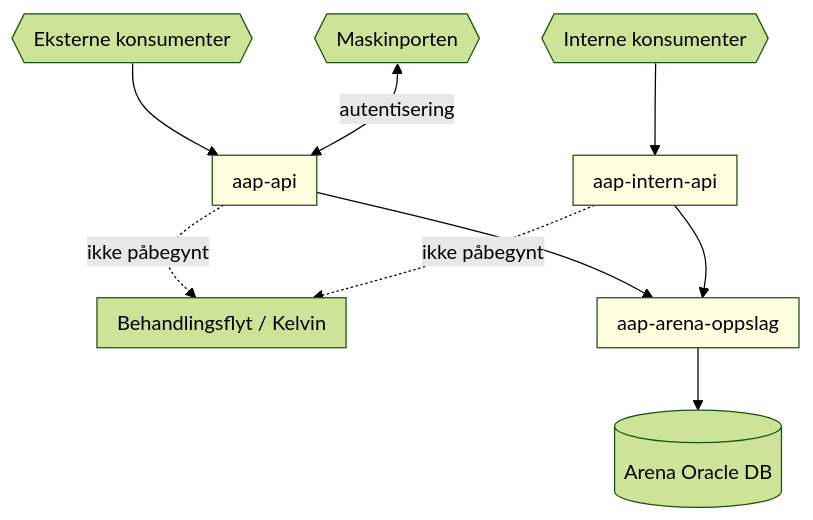
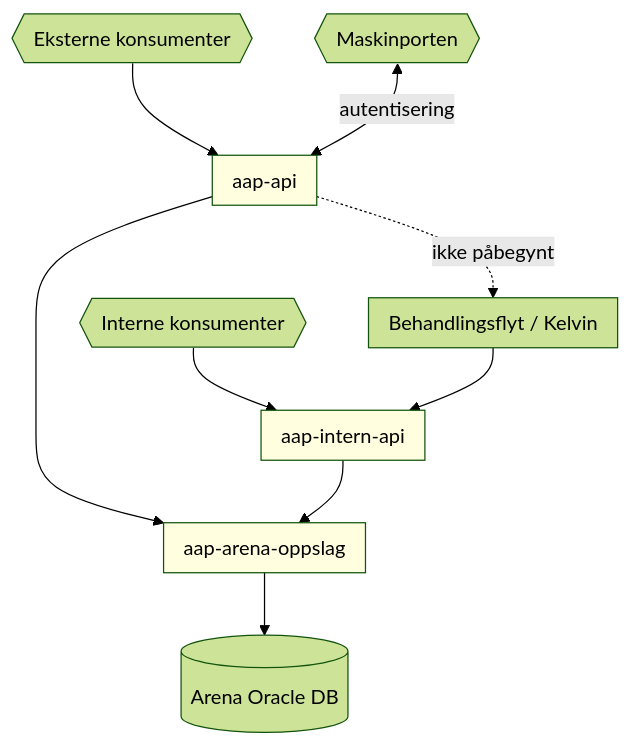
One commit to navikt/aap-intern-sysdok changed the diagram in docs/funksjonalitet/10_Datadeling/funksjonell.md. Above: the diagram before and after it, drawn with Mermaid.

Commit message:
Oppdater api intern diagram

````diff
--- a/docs/funksjonalitet/10_Datadeling/funksjonell.md
+++ b/docs/funksjonalitet/10_Datadeling/funksjonell.md
@@ -13,43 +13,43 @@
 ```mermaid
 ---
 config:
   theme: forest
 ---
 flowchart TB
     subgraph aap-api
         direction TB
     end
     subgraph aap-intern-api
         direction TB
     end
     
     subgraph aap-arena-oppslag
         direction TB
     end
     
     subgraph behandlingsflyt [Behandlingsflyt / Kelvin ]
         direction TB
     end
     
     maskinporten{{ Maskinporten }}
     
     outside{{ Eksterne konsumenter }}
     interne{{ Interne konsumenter}}
     arena[( Arena Oracle DB )]
 
     outside --> aap-api
     interne --> aap-intern-api
     
     maskinporten <-- autentisering --> aap-api
     
     aap-api --> aap-arena-oppslag
     aap-intern-api --> aap-arena-oppslag
     
     aap-arena-oppslag --> arena
     aap-api -. ikke påbegynt .-> behandlingsflyt
-    aap-intern-api -. ikke påbegynt .-> behandlingsflyt
+    behandlingsflyt --> aap-intern-api
     
     style aap-api fill:#FFFFE0
     style aap-intern-api fill:#FFFFE0
     style aap-arena-oppslag fill:#FFFFE0
 ```
````
